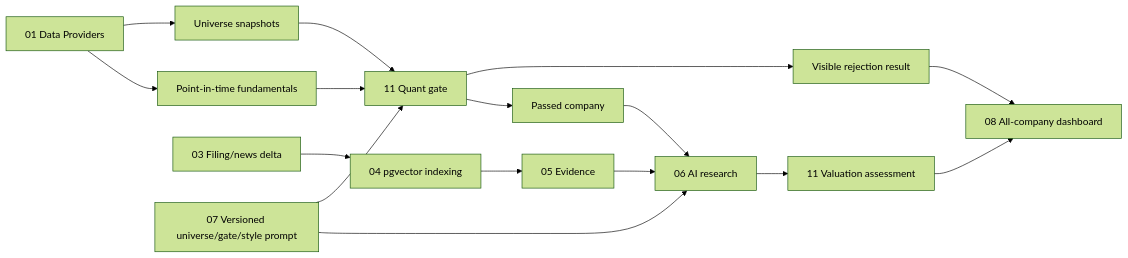
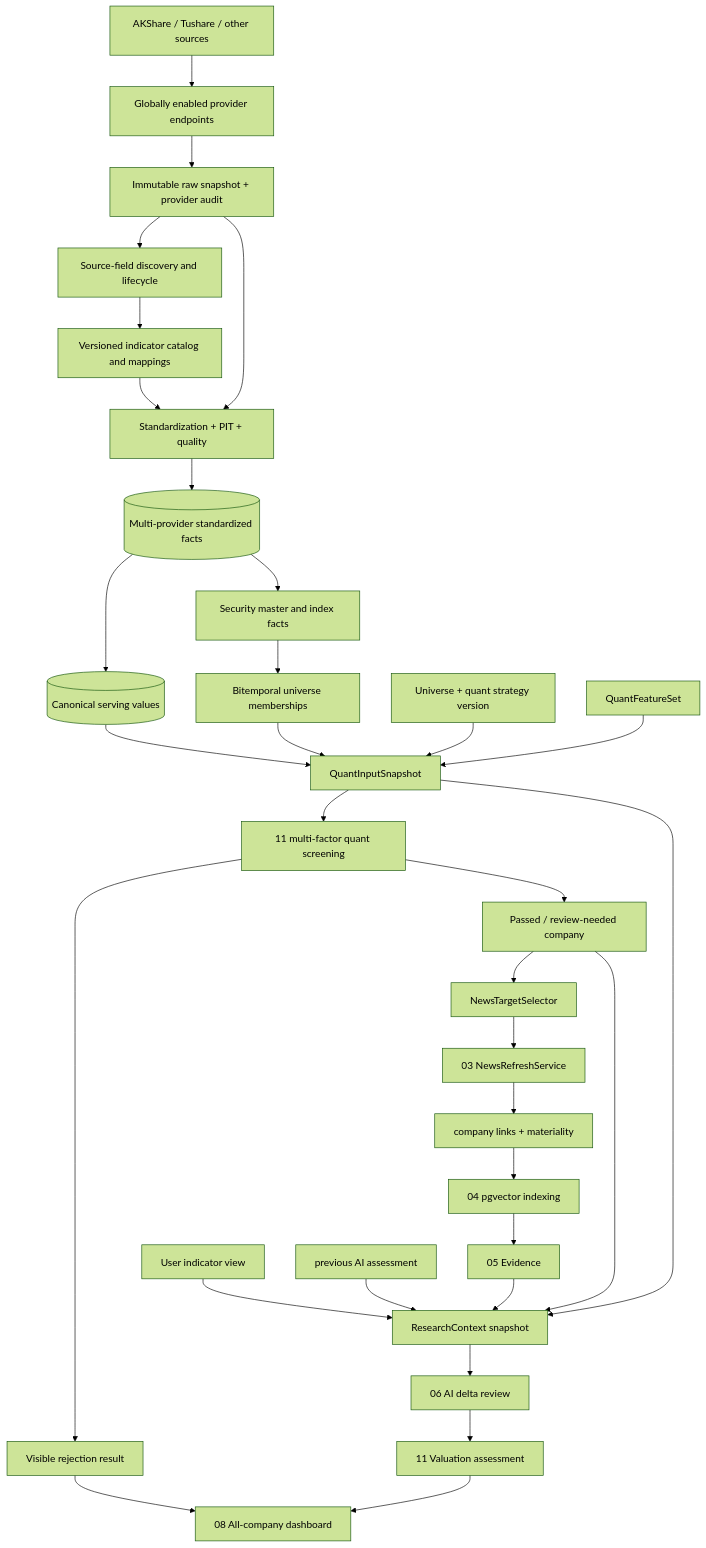
One commit to RickyW0529/Margin changed the first of 11 diagrams in docs/design/v0.2/architecture/Margin_Architecture_Design_v0.2_EN.md. Above: the diagram before and after it, drawn with Mermaid (forest theme). The commit also changed other lines of this file and 469 other files, not shown here.

````diff
--- a/docs/design/v0.2/architecture/Margin_Architecture_Design_v0.2_EN.md
+++ b/docs/design/v0.2/architecture/Margin_Architecture_Design_v0.2_EN.md
@@ -17,18 +17,34 @@
 ```mermaid
-flowchart LR
-    Data[01 Data Providers] --> Universe[Universe snapshots]
-    Data --> Fundamentals[Point-in-time fundamentals]
-    Universe --> Quant[11 Quant gate]
-    Fundamentals --> Quant
+flowchart TB
+    External[AKShare / Tushare / other sources] --> Endpoint[Globally enabled provider endpoints]
+    Endpoint --> Raw[Immutable raw snapshot + provider audit]
+    Raw --> Discovery[Source-field discovery and lifecycle]
+    Raw --> Standard[Standardization + PIT + quality]
+    Discovery --> Mapping[Versioned indicator catalog and mappings]
+    Mapping --> Standard
+    Standard --> Facts[(Multi-provider standardized facts)]
+    Facts --> Canonical[(Canonical serving values)]
+    Facts --> Security[Security master and index facts]
+    Security --> Universe[Bitemporal universe memberships]
+    Scope[Universe + quant strategy version] --> QuantInput[QuantInputSnapshot]
+    Universe --> QuantInput
+    Canonical --> QuantInput
+    Features[QuantFeatureSet] --> QuantInput
+    QuantInput --> Quant[11 multi-factor quant screening]
     Quant --> Rejected[Visible rejection result]
-    Quant --> Passed[Passed company]
-    Filings[03 Filing/news delta] --> Index[04 pgvector indexing]
+    Quant --> Passed[Passed / review-needed company]
+    Passed --> NewsTarget[NewsTargetSelector]
+    NewsTarget --> NewsRefresh[03 NewsRefreshService]
+    NewsRefresh --> Materiality[company links + materiality]
+    Materiality --> Index[04 pgvector indexing]
     Index --> Evidence[05 Evidence]
-    Evidence --> AI[06 AI research]
-    Passed --> AI
-    Strategy[07 Versioned universe/gate/style prompt] --> Quant
-    Strategy --> AI
+    Passed --> Context[ResearchContext snapshot]
+    QuantInput --> Context
+    View[User indicator view] --> Context
+    Previous[previous AI assessment] --> Context
+    Evidence --> Context
+    Context --> AI[06 AI delta review]
     AI --> Valuation[11 Valuation assessment]
     Rejected --> UI[08 All-company dashboard]
     Valuation --> UI
 ```
````
